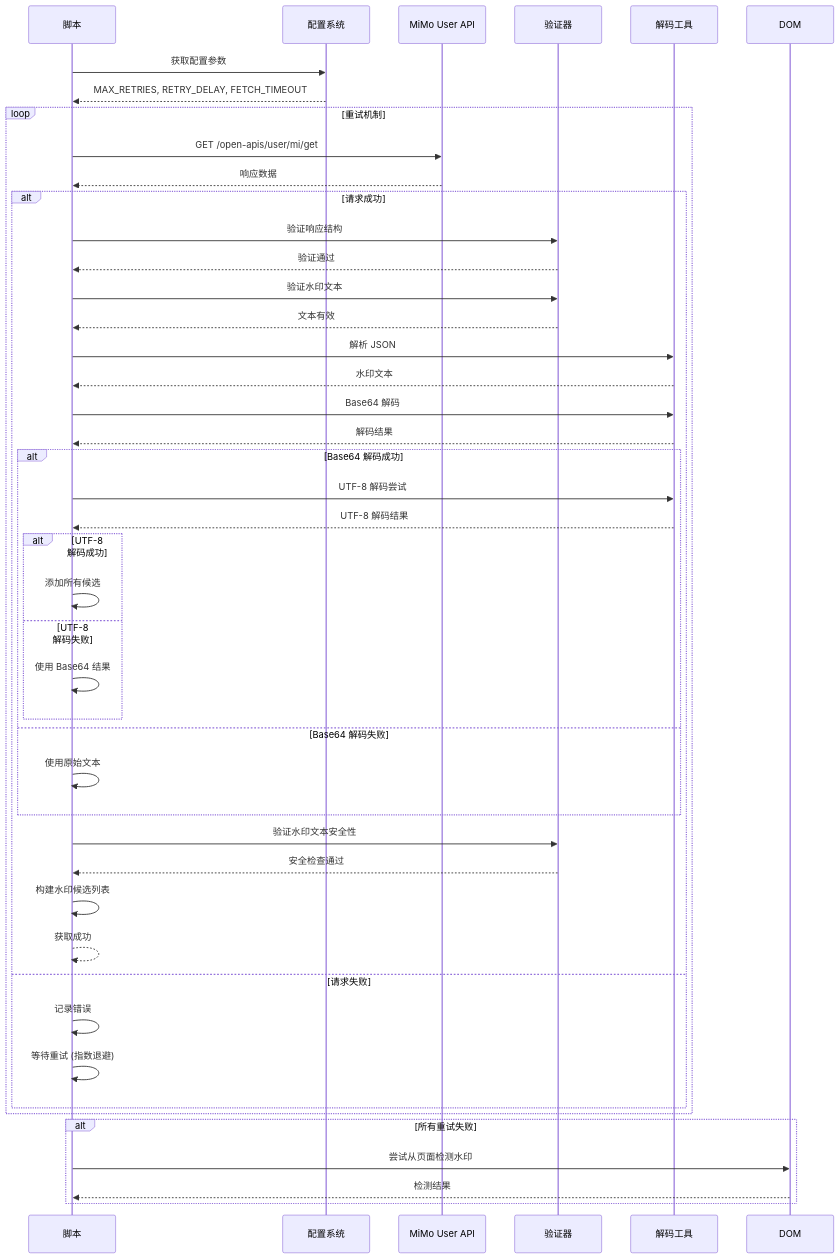
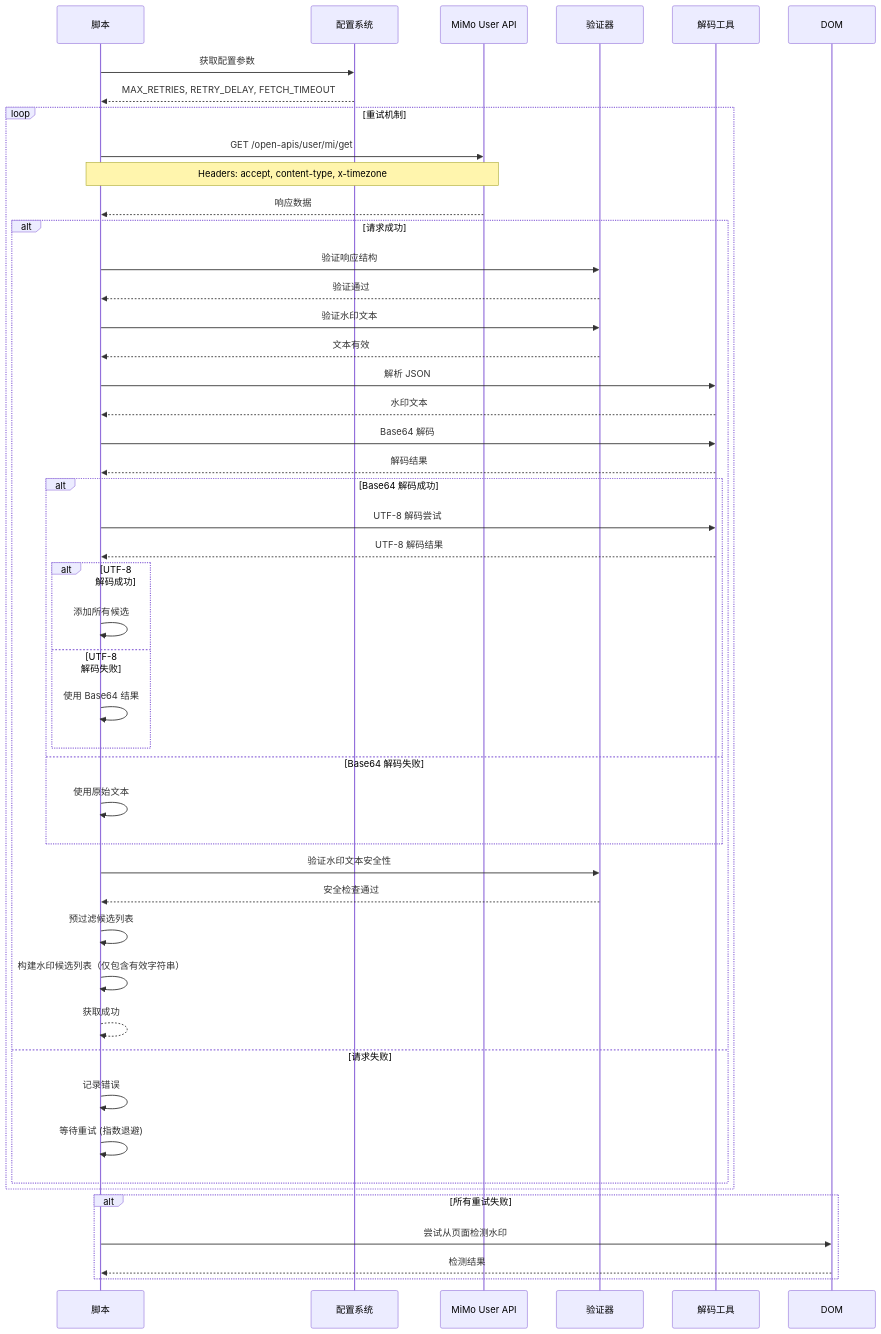
One commit to wang93wei/Xiaomi-MiMo-Studio-Watermark-Remover changed the second of 12 diagrams in doc/SEQUENCE_DIAGRAMS.md. Above: the diagram before and after it, drawn with Mermaid. The commit also changed other lines of this file and 4 other files, not shown here.

````diff
--- a/doc/SEQUENCE_DIAGRAMS.md
+++ b/doc/SEQUENCE_DIAGRAMS.md
@@ -71,56 +88,60 @@
 ```mermaid
 sequenceDiagram
     participant Script as 脚本
     participant Config as 配置系统
     participant API as MiMo User API
     participant Validator as 验证器
     participant Utils as 解码工具
 
     Script->>Config: 获取配置参数
     Config-->>Script: MAX_RETRIES, RETRY_DELAY, FETCH_TIMEOUT
 
     loop 重试机制
         Script->>API: GET /open-apis/user/mi/get
+
+        Note over Script,API: Headers: accept, content-type, x-timezone
+
         API-->>Script: 响应数据
 
         alt 请求成功
             Script->>Validator: 验证响应结构
             Validator-->>Script: 验证通过
 
             Script->>Validator: 验证水印文本
             Validator-->>Script: 文本有效
 
             Script->>Utils: 解析 JSON
             Utils-->>Script: 水印文本
             Script->>Utils: Base64 解码
             Utils-->>Script: 解码结果
 
             alt Base64 解码成功
                 Script->>Utils: UTF-8 解码尝试
                 Utils-->>Script: UTF-8 解码结果
 
                 alt UTF-8 解码成功
                     Script->>Script: 添加所有候选
                 else UTF-8 解码失败
                     Script->>Script: 使用 Base64 结果
                 end
             else Base64 解码失败
                 Script->>Script: 使用原始文本
             end
 
             Script->>Validator: 验证水印文本安全性
             Validator-->>Script: 安全检查通过
 
-            Script->>Script: 构建水印候选列表
+            Script->>Script: 预过滤候选列表
+            Script->>Script: 构建水印候选列表（仅包含有效字符串）
             Script-->>Script: 获取成功
         else 请求失败
             Script->>Script: 记录错误
             Script->>Script: 等待重试 (指数退避)
         end
     end
 
     alt 所有重试失败
         Script->>DOM: 尝试从页面检测水印
         DOM-->>Script: 检测结果
     end
 ```
````
